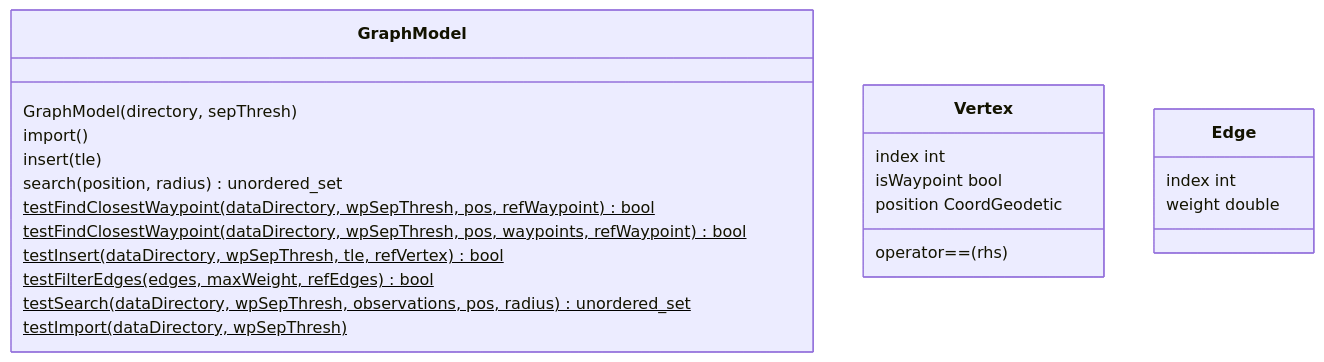
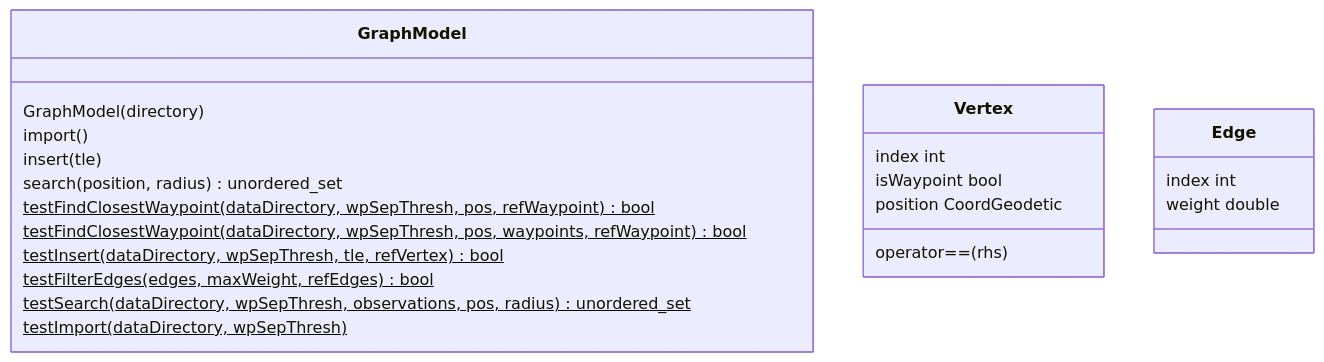
One commit to brosenthal140/satellite-coverage-tracker changed the fifth of 12 diagrams in README.md. Above: the diagram before and after it, drawn with Mermaid. The commit also changed other lines of this file and 3 other files, not shown here.

Commit message:
refactor: removes the waypoint threshold from being a parameter for the GraphModel and sets it to 2000 kilometers

````diff
--- a/README.md
+++ b/README.md
@@ -141,25 +141,25 @@
 ```mermaid
 classDiagram
 class GraphModel {
-    GraphModel(directory, sepThresh)
+    GraphModel(directory)
     import()
     insert(tle)
     search(position, radius) unordered_set<int>
     testFindClosestWaypoint(dataDirectory, wpSepThresh, pos, refWaypoint)$ bool
     testFindClosestWaypoint(dataDirectory, wpSepThresh, pos, waypoints, refWaypoint)$ bool
     testInsert(dataDirectory, wpSepThresh, tle, refVertex)$ bool
     testFilterEdges(edges, maxWeight, refEdges)$ bool
     testSearch(dataDirectory, wpSepThresh, observations, pos, radius)$ unordered_set<int>
     testImport(dataDirectory, wpSepThresh)$ 
 }
 class Vertex {
     index int
     isWaypoint bool
     position CoordGeodetic
     operator==(rhs)
 }
 class Edge {
     index int
     weight double
 }
 ```
````
